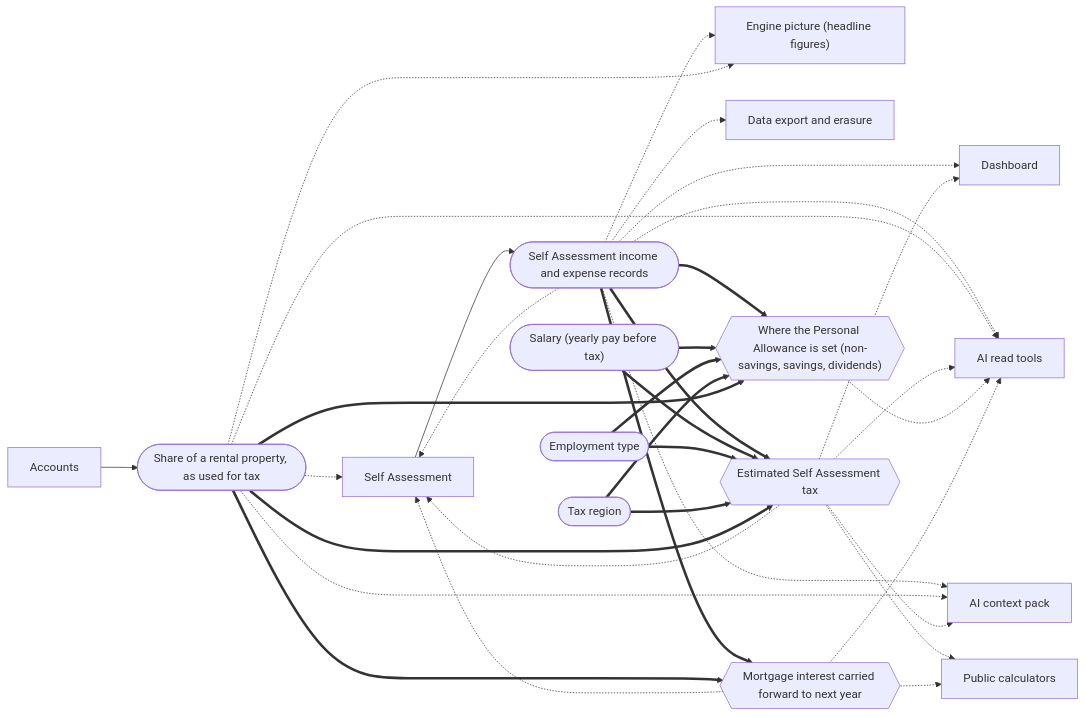
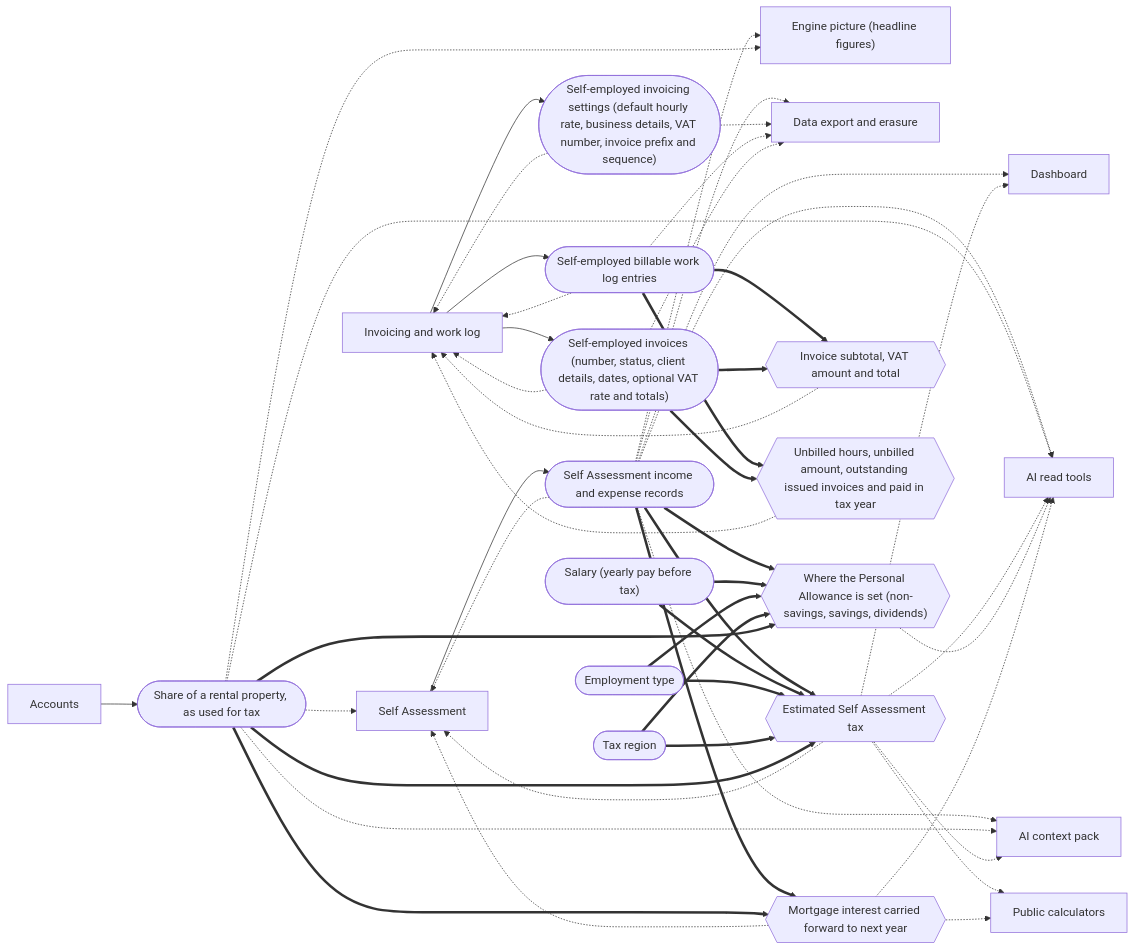
The sixth of 7 diagrams in docs/system/generated/connections.md (mgallagher56/flump), drawn with Mermaid before and after one commit. The commit also changed 45 other files, not shown here.

Commit message:
feat(invoicing): E37 S0-S2 self-employed work log and invoice builder

````diff
--- a/docs/system/generated/connections.md
+++ b/docs/system/generated/connections.md
@@ -472,52 +472,73 @@
 ```mermaid
 flowchart LR
   s_dashboard["Dashboard"]
   s_accounts["Accounts"]
   s_self_assessment["Self Assessment"]
+  s_invoicing["Invoicing and work log"]
   s_picture["Engine picture (headline figures)"]
   s_mcp_read["AI read tools"]
   s_context_pack["AI context pack"]
   s_public_tools["Public calculators"]
   s_export["Data export and erasure"]
   f_tax_records(["Self Assessment income and expense records"])
   s_self_assessment --> f_tax_records
   f_tax_records -.-> s_self_assessment
   f_tax_records -.-> s_picture
   f_tax_records -.-> s_dashboard
   f_tax_records -.-> s_mcp_read
   f_tax_records -.-> s_context_pack
   f_tax_records -.-> s_export
   f_rental_share_for_tax(["Share of a rental property, as used for tax"])
   s_accounts --> f_rental_share_for_tax
   f_rental_share_for_tax -.-> s_self_assessment
   f_rental_share_for_tax -.-> s_picture
   f_rental_share_for_tax -.-> s_mcp_read
   f_rental_share_for_tax -.-> s_context_pack
+  f_invoicing_settings(["Self-employed invoicing settings (default hourly rate, business details, VAT number, invoice prefix and sequence)"])
+  s_invoicing --> f_invoicing_settings
+  f_invoicing_settings -.-> s_invoicing
+  f_invoicing_settings -.-> s_export
+  f_work_log_entries(["Self-employed billable work log entries"])
+  s_invoicing --> f_work_log_entries
+  f_work_log_entries -.-> s_invoicing
+  f_work_log_entries -.-> s_export
+  f_invoices(["Self-employed invoices (number, status, client details, dates, optional VAT rate and totals)"])
+  s_invoicing --> f_invoices
+  f_invoices -.-> s_invoicing
+  f_invoices -.-> s_export
   g_estimated_tax{{"Estimated Self Assessment tax"}}
   f_tax_records ==> g_estimated_tax
   f_salary(["Salary (yearly pay before tax)"])
   f_salary ==> g_estimated_tax
   f_employment_type(["Employment type"])
   f_employment_type ==> g_estimated_tax
   f_tax_region(["Tax region"])
   f_tax_region ==> g_estimated_tax
   f_rental_share_for_tax ==> g_estimated_tax
   g_estimated_tax -.-> s_dashboard
   g_estimated_tax -.-> s_self_assessment
   g_estimated_tax -.-> s_mcp_read
   g_estimated_tax -.-> s_context_pack
   g_estimated_tax -.-> s_public_tools
   g_personal_allowance_allocation{{"Where the Personal Allowance is set (non-savings, savings, dividends)"}}
   f_tax_records ==> g_personal_allowance_allocation
   f_salary ==> g_personal_allowance_allocation
   f_employment_type ==> g_personal_allowance_allocation
   f_tax_region ==> g_personal_allowance_allocation
   f_rental_share_for_tax ==> g_personal_allowance_allocation
   g_personal_allowance_allocation -.-> s_mcp_read
   g_finance_costs_carried_forward{{"Mortgage interest carried forward to next year"}}
   f_tax_records ==> g_finance_costs_carried_forward
   f_rental_share_for_tax ==> g_finance_costs_carried_forward
   g_finance_costs_carried_forward -.-> s_self_assessment
   g_finance_costs_carried_forward -.-> s_mcp_read
   g_finance_costs_carried_forward -.-> s_public_tools
+  g_invoice_totals{{"Invoice subtotal, VAT amount and total"}}
+  f_work_log_entries ==> g_invoice_totals
+  f_invoices ==> g_invoice_totals
+  g_invoice_totals -.-> s_invoicing
+  g_invoicing_kpis{{"Unbilled hours, unbilled amount, outstanding issued invoices and paid in tax year"}}
+  f_work_log_entries ==> g_invoicing_kpis
+  f_invoices ==> g_invoicing_kpis
+  g_invoicing_kpis -.-> s_invoicing
 ```
````
